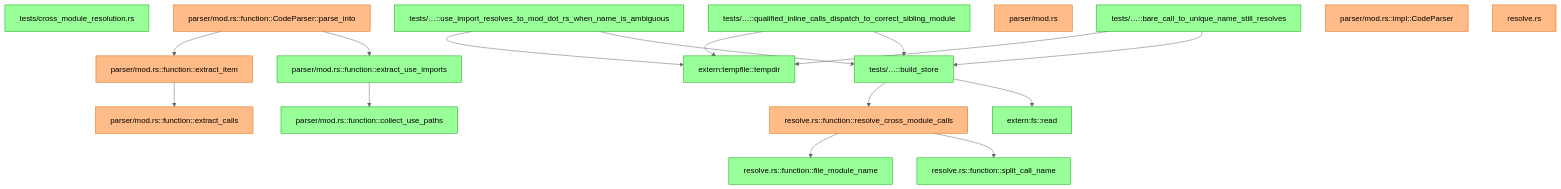
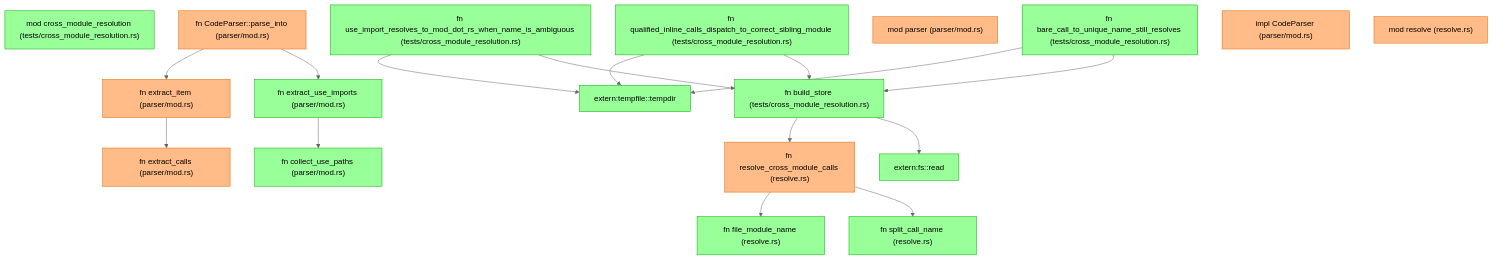
One commit to anatta-rs/ast-to-mermaid changed the fourth of 6 diagrams in README.md. Above: the diagram before and after it, drawn with Mermaid (neutral theme). The commit also changed other lines of this file and 16 other files, not shown here.

First line of the commit message:
fix!: honest diagrams — 0.6.0 review batch + golden harness (v0.7.0) (#168)

````diff
--- a/README.md
+++ b/README.md
@@ -111,43 +118,43 @@
 ```mermaid
 graph TD
     %% diff: 36f1585~ → 36f1585
     classDef added fill:#9f9,stroke:#0a0,color:#000
     classDef removed fill:#f99,stroke:#a00,color:#000
     classDef modified fill:#fb8,stroke:#d60,color:#000
     classDef renamed fill:#9ff,stroke:#0aa,color:#000
     %% added (11)
-    n0["parser/mod.rs::function::collect_use_paths"]:::added
-    n1["parser/mod.rs::function::extract_use_imports"]:::added
-    n2["resolve.rs::function::file_module_name"]:::added
-    n3["resolve.rs::function::split_call_name"]:::added
-    n4["tests/cross_module_resolution.rs"]:::added
-    n5["tests/…::bare_call_to_unique_name_still_resolves"]:::added
-    n6["tests/…::build_store"]:::added
-    n7["tests/…::qualified_inline_calls_dispatch_to_correct_sibling_module"]:::added
-    n8["tests/…::use_import_resolves_to_mod_dot_rs_when_name_is_ambiguous"]:::added
+    n0["fn collect_use_paths (parser/mod.rs)"]:::added
+    n1["fn extract_use_imports (parser/mod.rs)"]:::added
+    n2["fn file_module_name (resolve.rs)"]:::added
+    n3["fn split_call_name (resolve.rs)"]:::added
+    n4["mod cross_module_resolution (tests/cross_module_resolution.rs)"]:::added
+    n5["fn bare_call_to_unique_name_still_resolves (tests/cross_module_resolution.rs)"]:::added
+    n6["fn build_store (tests/cross_module_resolution.rs)"]:::added
+    n7["fn qualified_inline_calls_dispatch_to_correct_sibling_module (tests/cross_module_resolution.rs)"]:::added
+    n8["fn use_import_resolves_to_mod_dot_rs_when_name_is_ambiguous (tests/cross_module_resolution.rs)"]:::added
     n9["extern:fs::read"]:::added
     n10["extern:tempfile::tempdir"]:::added
     %% modified (7)
-    n11["parser/mod.rs"]:::modified
-    n12["parser/mod.rs::function::CodeParser::parse_into"]:::modified
-    n13["parser/mod.rs::function::extract_calls"]:::modified
-    n14["parser/mod.rs::function::extract_item"]:::modified
-    n15["parser/mod.rs::impl::CodeParser"]:::modified
-    n16["resolve.rs"]:::modified
-    n17["resolve.rs::function::resolve_cross_module_calls"]:::modified
+    n11["mod parser (parser/mod.rs)"]:::modified
+    n12["fn CodeParser::parse_into (parser/mod.rs)"]:::modified
+    n13["fn extract_calls (parser/mod.rs)"]:::modified
+    n14["fn extract_item (parser/mod.rs)"]:::modified
+    n15["impl CodeParser (parser/mod.rs)"]:::modified
+    n16["mod resolve (resolve.rs)"]:::modified
+    n17["fn resolve_cross_module_calls (resolve.rs)"]:::modified
     %% blast-radius edges (both endpoints in changeset)
     n12 --> n1
     n12 --> n14
     n14 --> n13
     n1 --> n0
     n17 --> n3
     n17 --> n2
     n5 --> n6
     n5 --> n10
     n6 --> n9
     n6 --> n17
     n7 --> n6
     n7 --> n10
     n8 --> n6
     n8 --> n10
 ```
````
